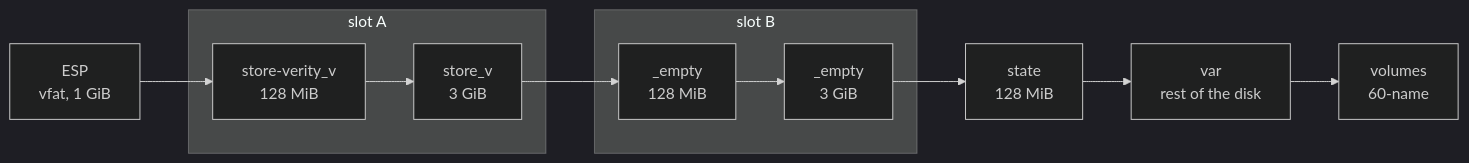
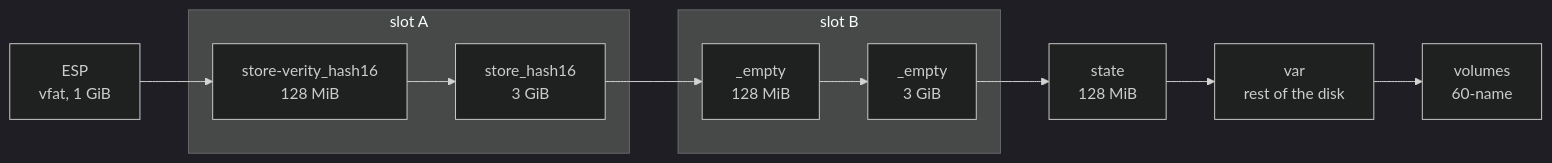
Before and after one commit to trevex/chalkos: the diagram in docs/reference/image-layout.md, drawn with Mermaid (dark theme). The commit also changed other lines of this file and 20 other files, not shown here.

````diff
--- a/docs/reference/image-layout.md
+++ b/docs/reference/image-layout.md
@@ -22,16 +22,16 @@
 ```mermaid
 flowchart LR
     ESP["ESP<br/>vfat, 1 GiB"]
     subgraph A["slot A"]
-        VA["store-verity_v<br/>128 MiB"]
-        SA["store_v<br/>3 GiB"]
+        VA["store-verity_hash16<br/>128 MiB"]
+        SA["store_hash16<br/>3 GiB"]
     end
     subgraph B["slot B"]
         VB["_empty<br/>128 MiB"]
         SB["_empty<br/>3 GiB"]
     end
     STATE["state<br/>128 MiB"]
     VAR["var<br/>rest of the disk"]
     VOL["volumes<br/>60-name"]
     ESP --> VA --> SA --> VB --> SB --> STATE --> VAR --> VOL
 ```
````
